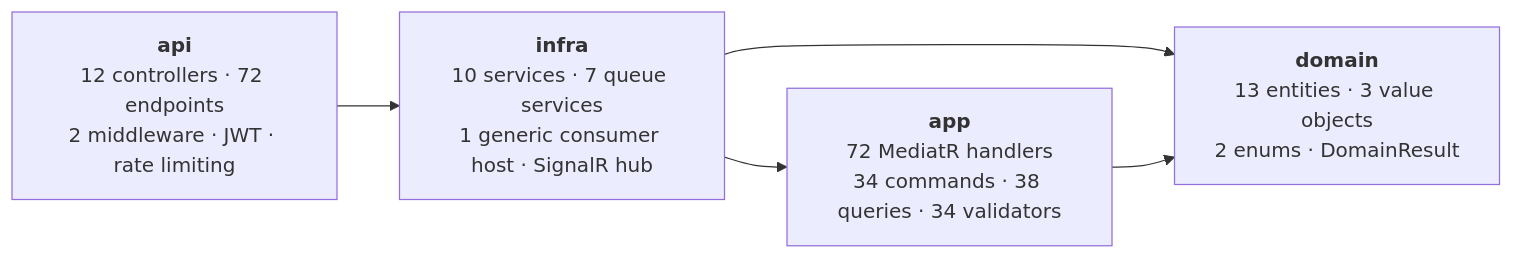
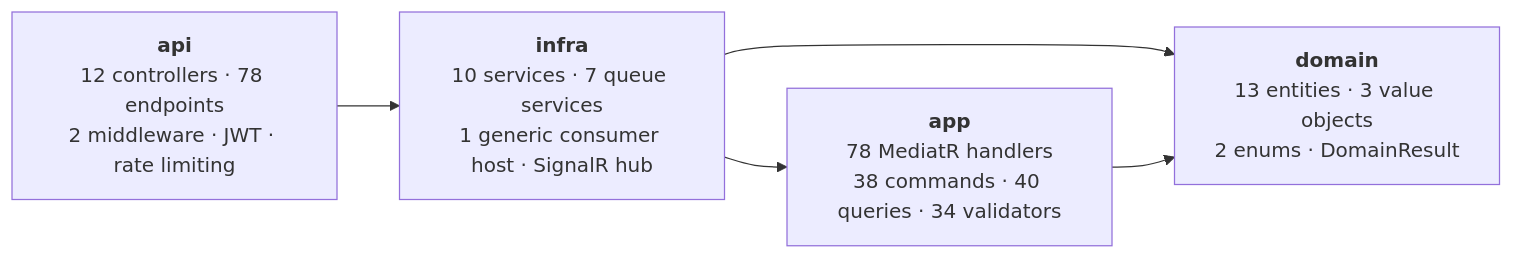
The diagram in doc/project-overview.md (Datnguynx110605/Bump_Server), drawn with Mermaid before and after one commit. The commit also changed other lines of this file and 24 other files, not shown here.

First line of the commit message:
feat(api): add admin panel endpoints

````diff
--- a/doc/project-overview.md
+++ b/doc/project-overview.md
@@ -62,12 +83,12 @@
 ```mermaid
 graph LR
-    api["<b>api</b><br/>12 controllers · 72 endpoints<br/>2 middleware · JWT · rate limiting"]
+    api["<b>api</b><br/>12 controllers · 78 endpoints<br/>2 middleware · JWT · rate limiting"]
     infra["<b>infra</b><br/>10 services · 7 queue services<br/>1 generic consumer host · SignalR hub"]
-    app["<b>app</b><br/>72 MediatR handlers<br/>34 commands · 38 queries · 34 validators"]
+    app["<b>app</b><br/>78 MediatR handlers<br/>38 commands · 40 queries · 34 validators"]
     domain["<b>domain</b><br/>13 entities · 3 value objects<br/>2 enums · DomainResult"]
 
     api --> infra
     infra --> app
     infra --> domain
     app --> domain
 ```
````
